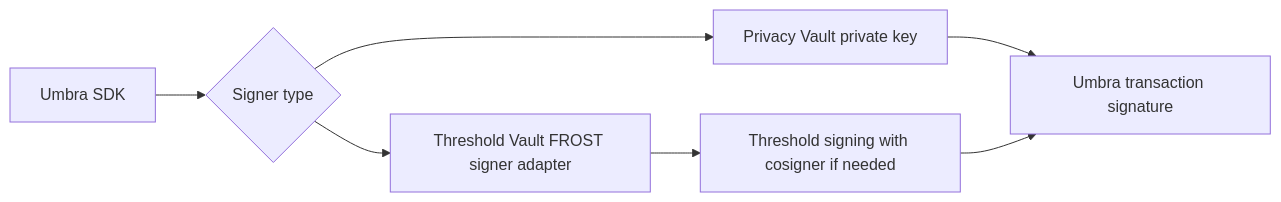
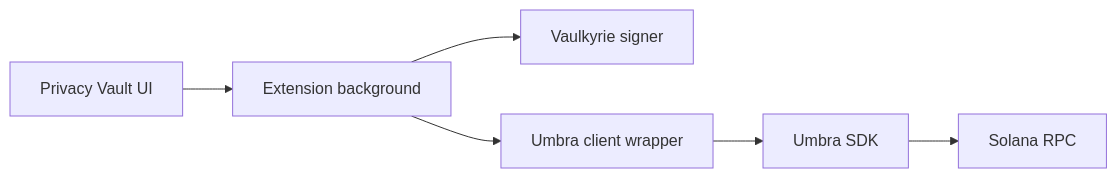
Before and after one commit to Naveen-6087/vaulkyrie-docs: the diagram in wallet-modes/privacy-vault.mdx, drawn with Mermaid. The commit also changed other lines of this file and 8 other files, not shown here.

````diff
--- a/wallet-modes/privacy-vault.mdx
+++ b/wallet-modes/privacy-vault.mdx
@@ -61,9 +25,8 @@
 ```mermaid
 flowchart LR
-  UmbraSDK[Umbra SDK] --> Signer{Signer type}
-  Signer --> Privacy[Privacy Vault private key]
-  Signer --> Threshold[Threshold Vault FROST signer adapter]
-  Privacy --> Tx[Umbra transaction signature]
-  Threshold --> Cosigner[Threshold signing with cosigner if needed]
-  Cosigner --> Tx
+  UI[Privacy Vault UI] --> Background[Extension background]
+  Background --> Signer[Vaulkyrie signer]
+  Background --> Client[Umbra client wrapper]
+  Client --> Umbra[Umbra SDK]
+  Umbra --> Solana[Solana RPC]
 ```
````
